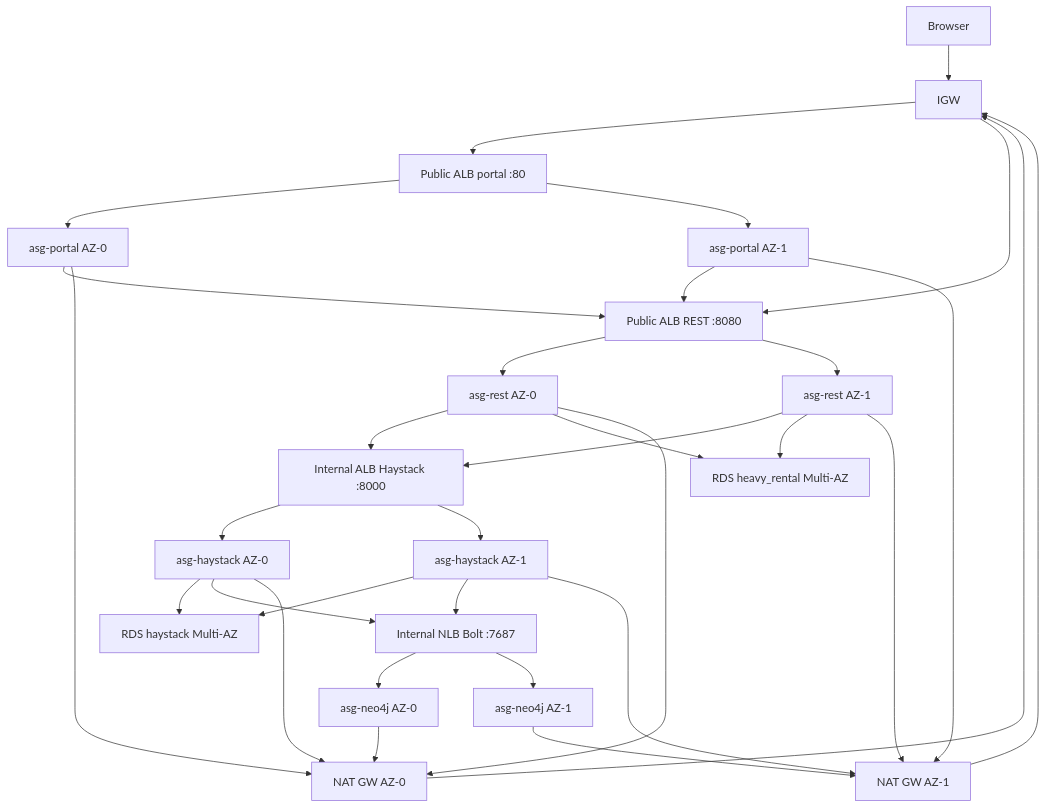
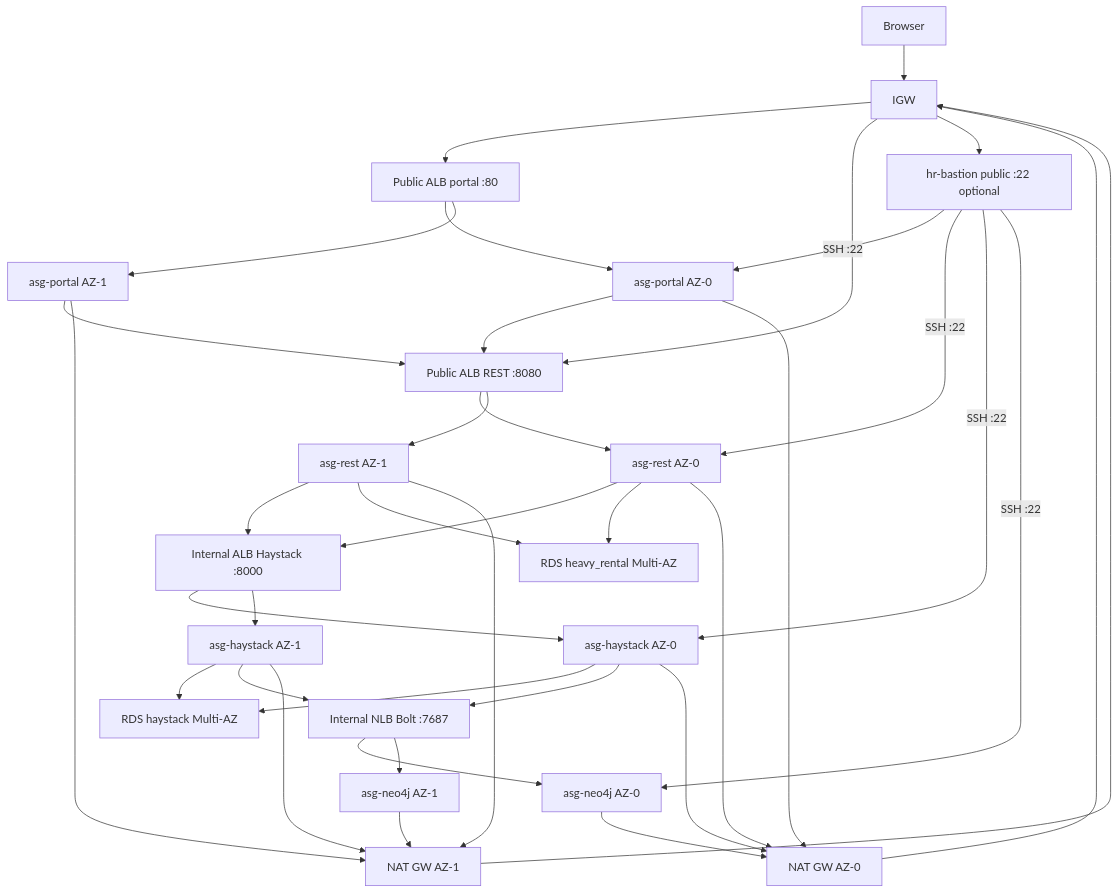
Before and after one commit to Heavy-Rental/heavy-rental-project-instructure-and-cloud-deploy: the diagram in docs/ARCHITECTURE.md, drawn with Mermaid. The commit also changed other lines of this file and 81 other files, not shown here.

First line of the commit message:
HR-236 Add hr-bastion jump host for SSH maintenance hops.

````diff
--- a/docs/ARCHITECTURE.md
+++ b/docs/ARCHITECTURE.md
@@ -45,34 +46,39 @@
 ```mermaid
 flowchart TB
   browser[Browser] --> igw[IGW]
   igw --> albP[Public ALB portal :80]
   igw --> albR[Public ALB REST :8080]
+  igw --> bastion[hr-bastion public :22 optional]
   albP --> asgP0[asg-portal AZ-0]
   albP --> asgP1[asg-portal AZ-1]
   asgP0 --> albR
   asgP1 --> albR
   albR --> asgR0[asg-rest AZ-0]
   albR --> asgR1[asg-rest AZ-1]
   asgR0 --> albH[Internal ALB Haystack :8000]
   asgR1 --> albH
   albH --> asgH0[asg-haystack AZ-0]
   albH --> asgH1[asg-haystack AZ-1]
   asgR0 --> rdsSor[RDS heavy_rental Multi-AZ]
   asgR1 --> rdsSor
   asgH0 --> rdsHs[RDS haystack Multi-AZ]
   asgH1 --> rdsHs
   asgH0 --> nlbN[Internal NLB Bolt :7687]
   asgH1 --> nlbN
   nlbN --> n4j0[asg-neo4j AZ-0]
   nlbN --> n4j1[asg-neo4j AZ-1]
+  bastion -->|SSH :22| asgP0
+  bastion -->|SSH :22| asgR0
+  bastion -->|SSH :22| asgH0
+  bastion -->|SSH :22| n4j0
   asgP0 --> nat0[NAT GW AZ-0]
   asgR0 --> nat0
   asgH0 --> nat0
   n4j0 --> nat0
   asgP1 --> nat1[NAT GW AZ-1]
   asgR1 --> nat1
   asgH1 --> nat1
   n4j1 --> nat1
   nat0 --> igw
   nat1 --> igw
 ```
````
